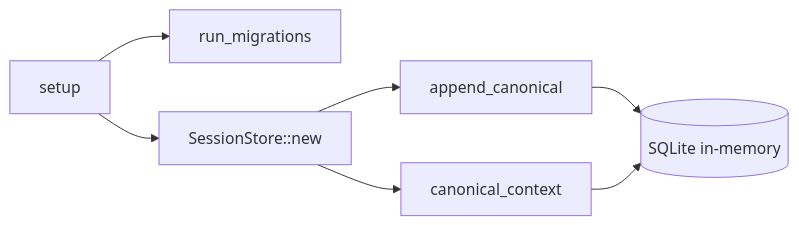
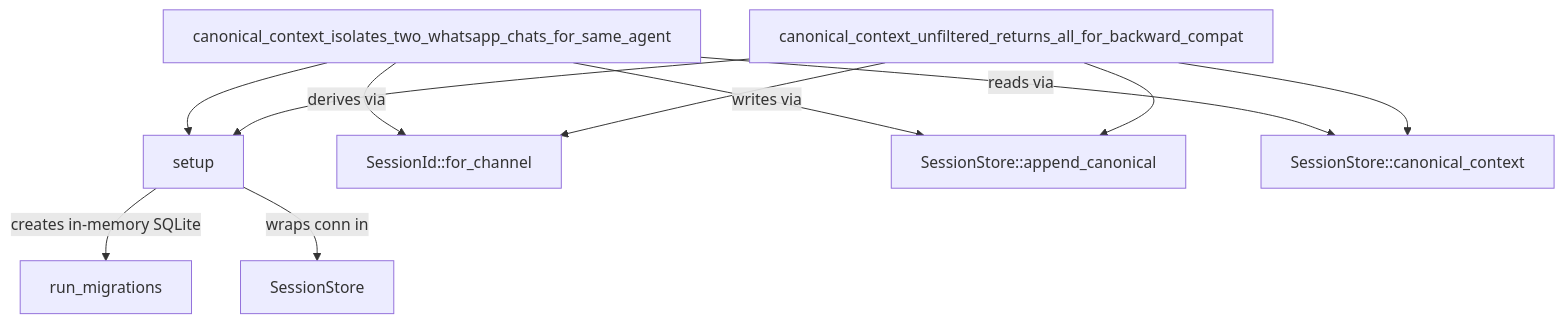
Before and after one commit to leszek3737/librefang-WIki: the diagram in other-librefang-memory-tests.md, drawn with Mermaid. The commit also changed other lines of this file and 94 other files, not shown here.

````diff
--- a/other-librefang-memory-tests.md
+++ b/other-librefang-memory-tests.md
@@ -15,9 +13,13 @@
 ```mermaid
-flowchart LR
-    A[setup] --> B[run_migrations]
-    A --> C[SessionStore::new]
-    C --> D[append_canonical]
-    C --> E[canonical_context]
-    D --> F[(SQLite in-memory)]
-    E --> F
+graph TD
+    A[setup] -->|creates in-memory SQLite| B[run_migrations]
+    A -->|wraps conn in| C[SessionStore]
+    D[canonical_context_isolates_two_whatsapp_chats_for_same_agent] --> A
+    D -->|derives via| E[SessionId::for_channel]
+    D -->|writes via| F[SessionStore::append_canonical]
+    D -->|reads via| G[SessionStore::canonical_context]
+    H[canonical_context_unfiltered_returns_all_for_backward_compat] --> A
+    H --> E
+    H --> F
+    H --> G
 ```
````
